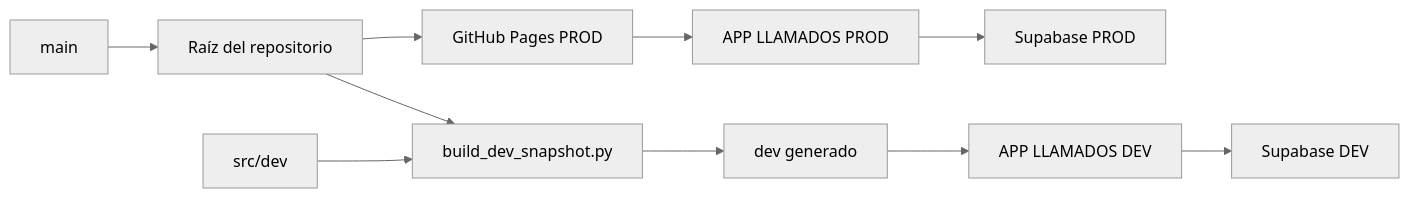
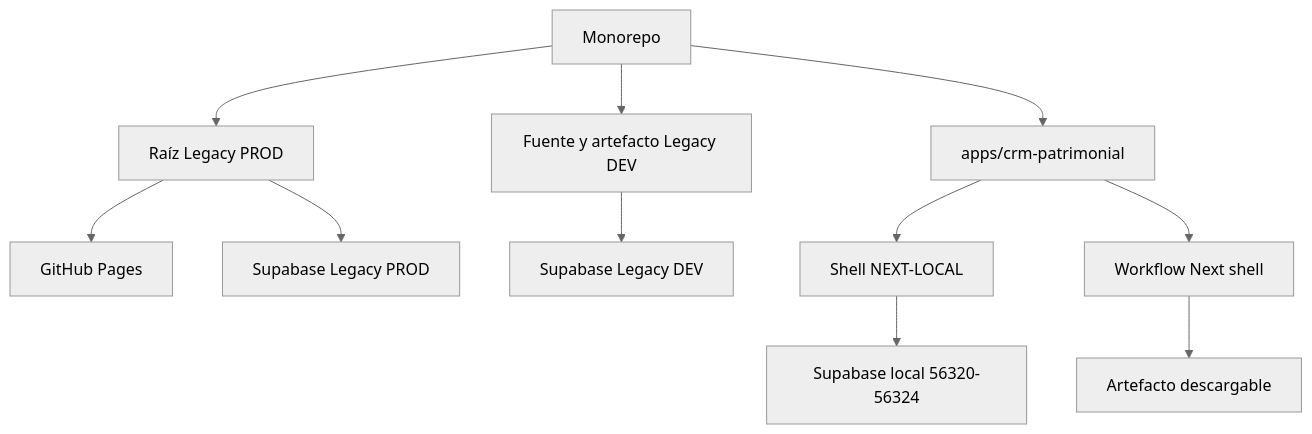
Before and after one commit to guilledpn/KNwS7F_2a2LZ7MS: the first of 2 diagrams in docs/architecture/product-environment-deployment-matrix.md, drawn with Mermaid (neutral theme). The commit also changed other lines of this file and 10 other files, not shown here.

````diff
--- a/docs/architecture/product-environment-deployment-matrix.md
+++ b/docs/architecture/product-environment-deployment-matrix.md
@@ -38,12 +34,16 @@
 ```mermaid
-flowchart LR
-    MAIN[main] --> ROOT[Raíz del repositorio]
-    ROOT --> PAGES[GitHub Pages PROD]
-    ROOT --> BUILDER[build_dev_snapshot.py]
-    SRCDEV[src/dev] --> BUILDER
-    BUILDER --> DEVDIR[dev generado]
-    PAGES --> PRODUI[APP LLAMADOS PROD]
-    DEVDIR --> DEVUI[APP LLAMADOS DEV]
-    PRODUI --> SBPROD[Supabase PROD]
-    DEVUI --> SBDEV[Supabase DEV]
+flowchart TB
+    REPO[Monorepo]
+    REPO --> LROOT[Raíz Legacy PROD]
+    REPO --> LDEV[Fuente y artefacto Legacy DEV]
+    REPO --> NEXTSRC[apps/crm-patrimonial]
+
+    LROOT --> LPAGES[GitHub Pages]
+    LROOT --> LBPROD[Supabase Legacy PROD]
+    LDEV --> LBDEV[Supabase Legacy DEV]
+
+    NEXTSRC --> NLOCAL[Shell NEXT-LOCAL]
+    NLOCAL --> NCFG[Supabase local 56320-56324]
+    NEXTSRC --> NCI[Workflow Next shell]
+    NCI --> NART[Artefacto descargable]
 ```
````
